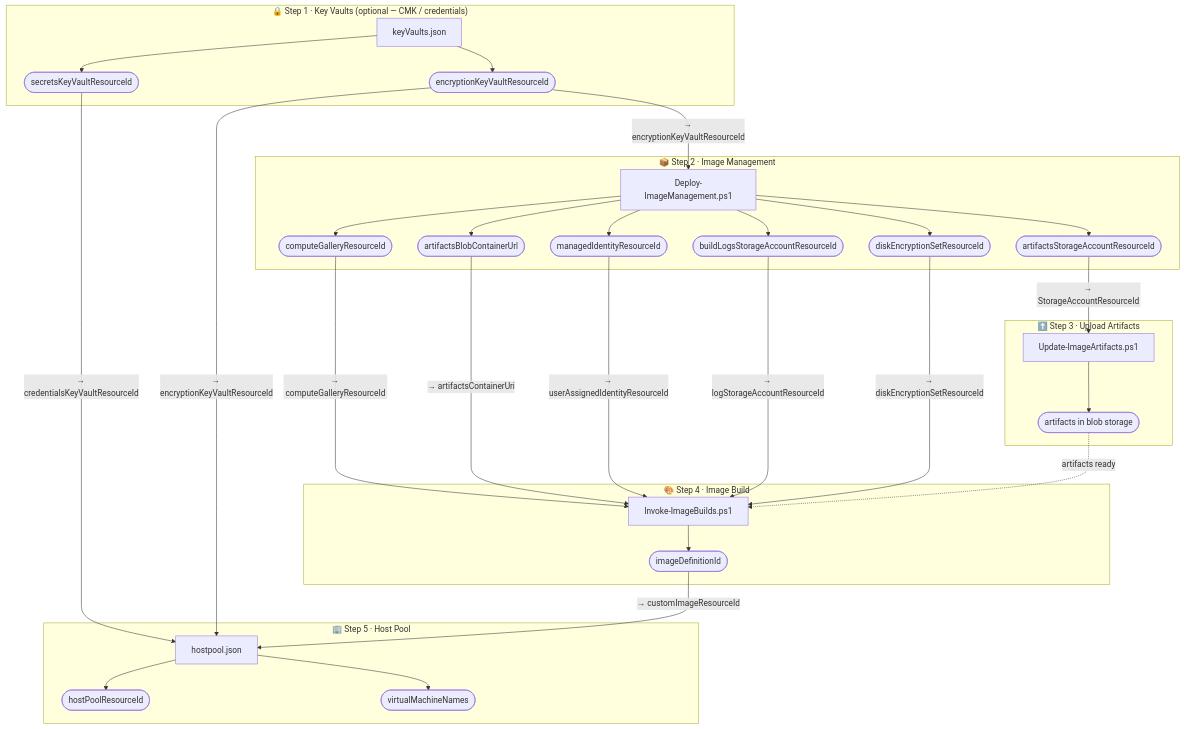
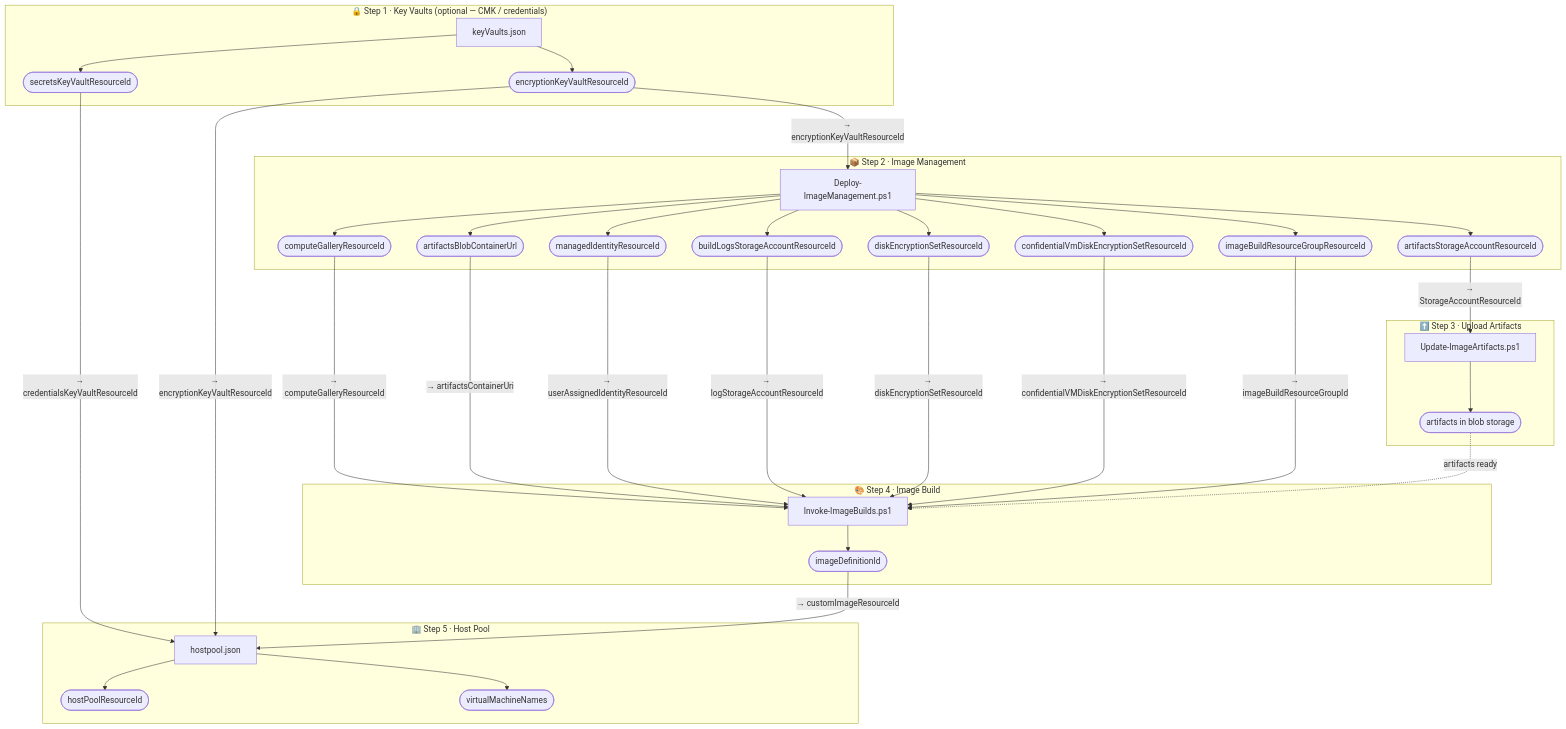
Before and after one commit to Azure/FederalAVD: the diagram in docs/automationGuide.md, drawn with Mermaid. The commit also changed other lines of this file and 1 other file, not shown here.

````diff
--- a/docs/automationGuide.md
+++ b/docs/automationGuide.md
@@ -15,62 +15,66 @@
 ```mermaid
 flowchart TD
     subgraph KV["🔒 Step 1 · Key Vaults  (optional — CMK / credentials)"]
         KV_RUN["keyVaults.json"]
         KV_O1(["secretsKeyVaultResourceId"])
         KV_O2(["encryptionKeyVaultResourceId"])
         KV_RUN --> KV_O1 & KV_O2
     end
 
     subgraph IM["📦 Step 2 · Image Management"]
         IM_RUN["Deploy-ImageManagement.ps1"]
         IM_O1(["computeGalleryResourceId"])
         IM_O2(["artifactsStorageAccountResourceId"])
         IM_O3(["artifactsBlobContainerUrl"])
         IM_O4(["managedIdentityResourceId"])
         IM_O5(["buildLogsStorageAccountResourceId"])
         IM_O6(["diskEncryptionSetResourceId"])
-        IM_RUN --> IM_O1 & IM_O2 & IM_O3 & IM_O4 & IM_O5 & IM_O6
+        IM_O7(["confidentialVmDiskEncryptionSetResourceId"])
+        IM_O8(["imageBuildResourceGroupResourceId"])
+        IM_RUN --> IM_O1 & IM_O2 & IM_O3 & IM_O4 & IM_O5 & IM_O6 & IM_O7 & IM_O8
     end
 
     subgraph UA["⬆️ Step 3 · Upload Artifacts"]
         UA_RUN["Update-ImageArtifacts.ps1"]
         UA_DONE(["artifacts in blob storage"])
         UA_RUN --> UA_DONE
     end
 
     subgraph IB["🎨 Step 4 · Image Build"]
         IB_RUN["Invoke-ImageBuilds.ps1"]
         IB_O1(["imageDefinitionId"])
         IB_RUN --> IB_O1
     end
 
     subgraph HP["🏢 Step 5 · Host Pool"]
         HP_RUN["hostpool.json"]
         HP_O1(["hostPoolResourceId"])
         HP_O2(["virtualMachineNames"])
         HP_RUN --> HP_O1 & HP_O2
     end
 
     %% Key Vaults → Image Management (CMK)
     KV_O2 -->|"→ encryptionKeyVaultResourceId"| IM_RUN
 
     %% Key Vaults → Host Pool
     KV_O1 -->|"→ credentialsKeyVaultResourceId"| HP_RUN
     KV_O2 -->|"→ encryptionKeyVaultResourceId"| HP_RUN
 
     %% Image Management → Upload Artifacts
     IM_O2 -->|"→ StorageAccountResourceId"| UA_RUN
 
     %% Image Management → Image Build
     IM_O1 -->|"→ computeGalleryResourceId"| IB_RUN
     IM_O3 -->|"→ artifactsContainerUri"| IB_RUN
     IM_O4 -->|"→ userAssignedIdentityResourceId"| IB_RUN
     IM_O5 -->|"→ logStorageAccountResourceId"| IB_RUN
     IM_O6 -->|"→ diskEncryptionSetResourceId"| IB_RUN
+    IM_O7 -->|"→ confidentialVMDiskEncryptionSetResourceId"| IB_RUN
+    IM_O8 -->|"→ imageBuildResourceGroupId"| IB_RUN
 
     %% Upload Artifacts → Image Build (data dependency, no parameter)
     UA_DONE -.->|"artifacts ready"| IB_RUN
 
     %% Image Build → Host Pool
     IB_O1 -->|"→ customImageResourceId"| HP_RUN
 ```
````
